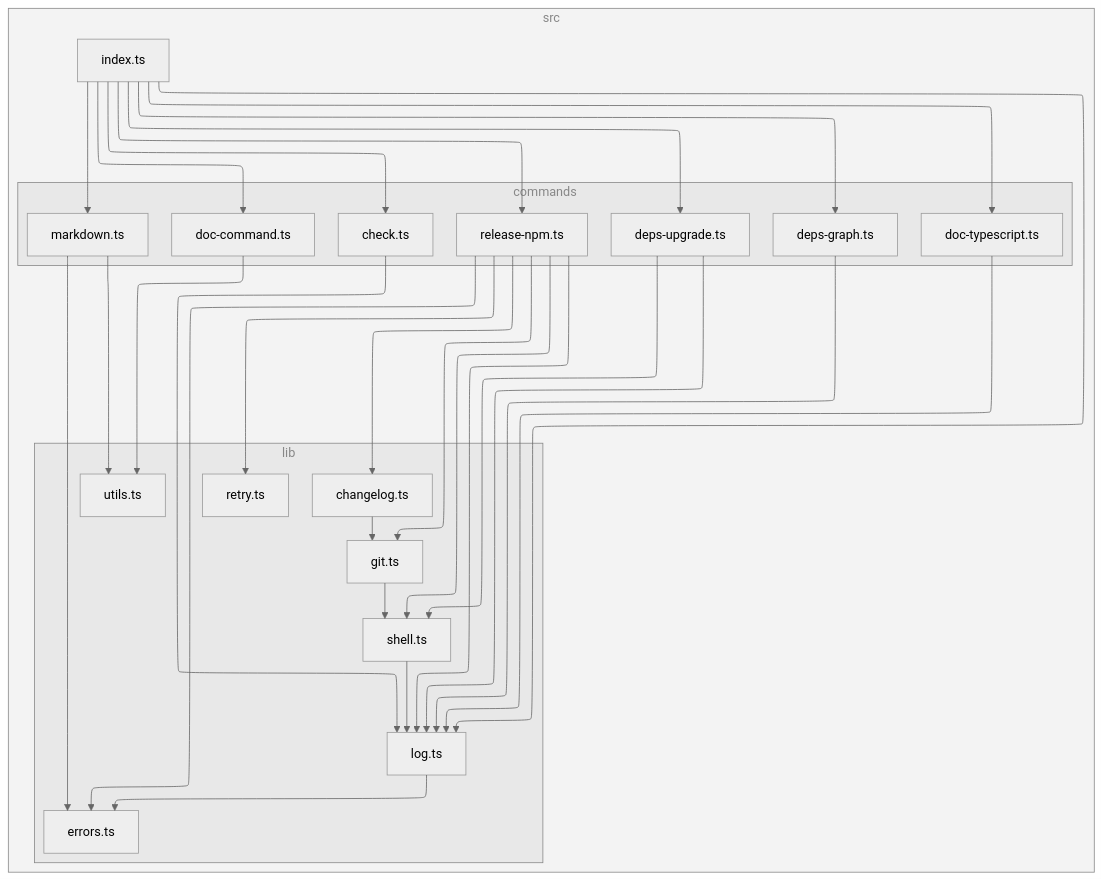
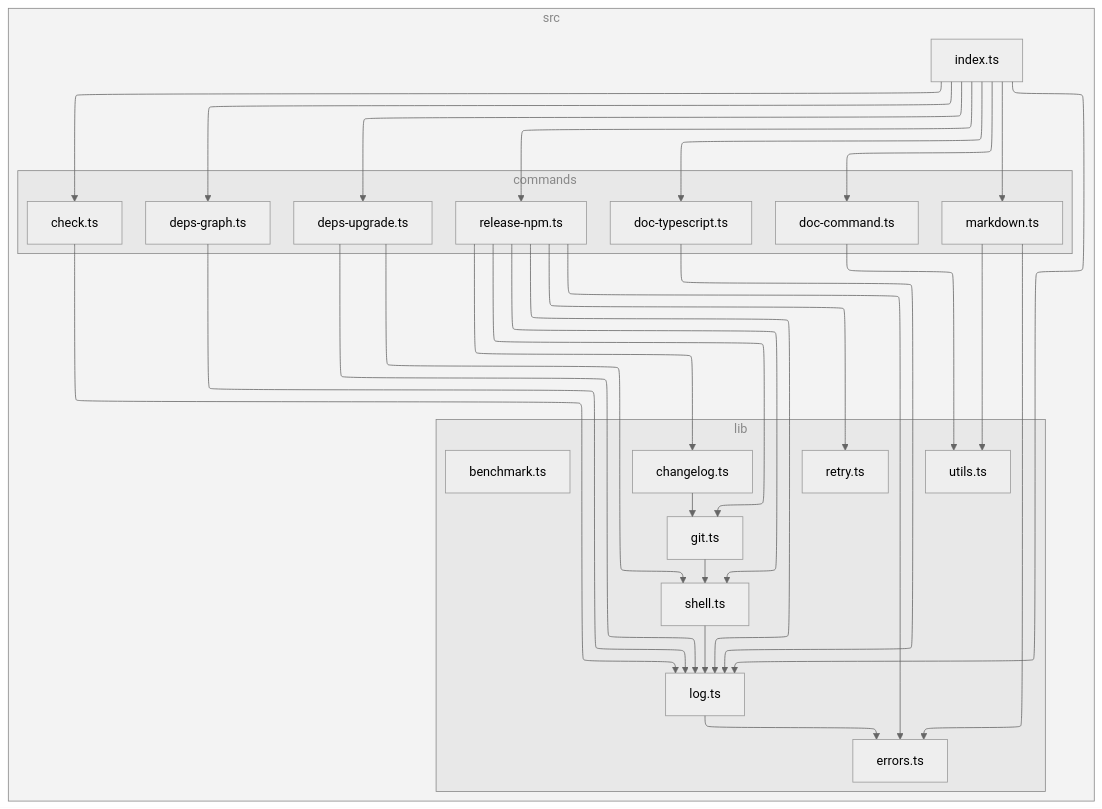
The diagram in README.md (versatiles-org/node-release-tool), drawn with Mermaid (neutral theme) before and after one commit. The commit also changed 2 other files, not shown here.

Commit message:
feat: add performance benchmarking for CLI operations

````diff
--- a/README.md
+++ b/README.md
@@ -196,58 +196,59 @@
 ```mermaid
 ---
 config:
   layout: elk
 ---
 flowchart TB
 
 subgraph 0["src"]
 subgraph 1["commands"]
 2["check.ts"]
 6["deps-graph.ts"]
 7["deps-upgrade.ts"]
 9["doc-command.ts"]
 B["doc-typescript.ts"]
 C["markdown.ts"]
 D["release-npm.ts"]
 end
 subgraph 3["lib"]
 4["log.ts"]
 5["errors.ts"]
 8["shell.ts"]
 A["utils.ts"]
 E["changelog.ts"]
 F["git.ts"]
 G["retry.ts"]
+I["benchmark.ts"]
 end
 H["index.ts"]
 end
 2-->4
 4-->5
 6-->4
 7-->4
 7-->8
 8-->4
 9-->A
 B-->4
 C-->5
 C-->A
 D-->E
 D-->5
 D-->F
 D-->4
 D-->G
 D-->8
 E-->F
 F-->8
 H-->2
 H-->6
 H-->7
 H-->9
 H-->B
 H-->C
 H-->D
 H-->4
 
 class 0,1,3 subgraphs;
 classDef subgraphs fill-opacity:0.1, fill:#888, color:#888, stroke:#888;
 ```
````
